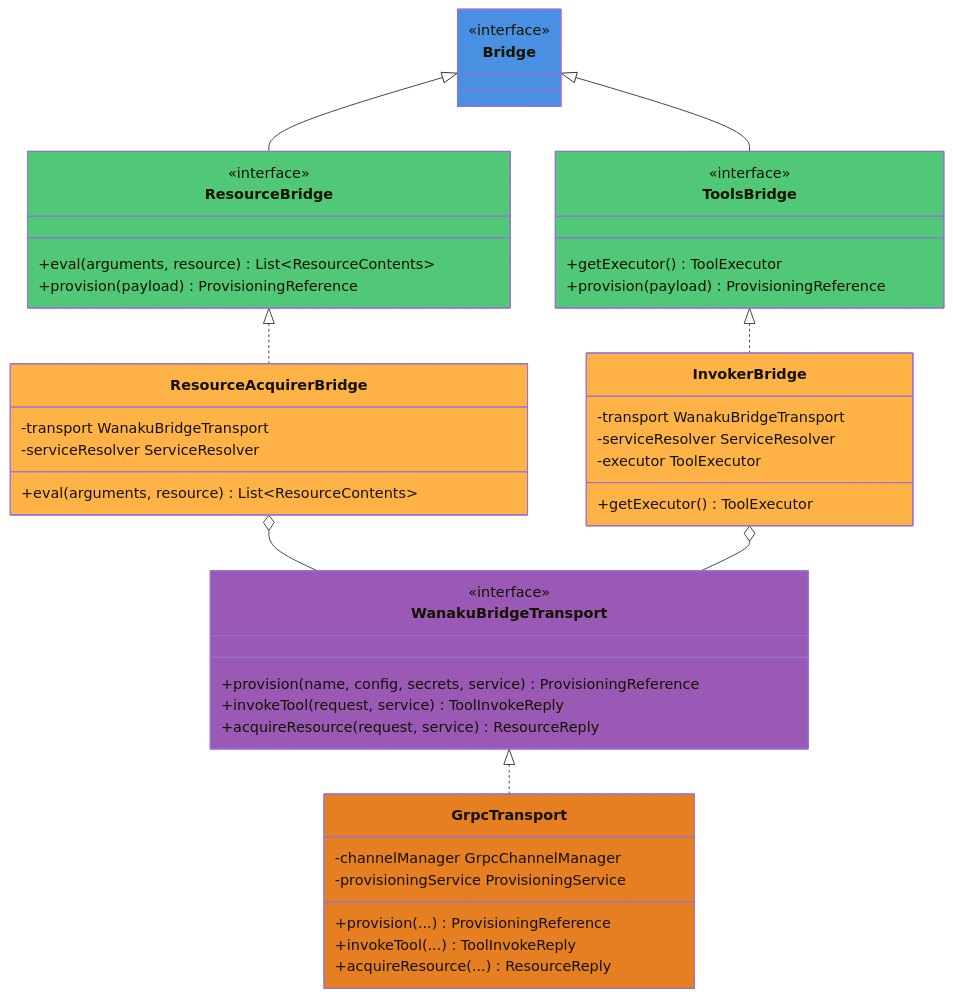
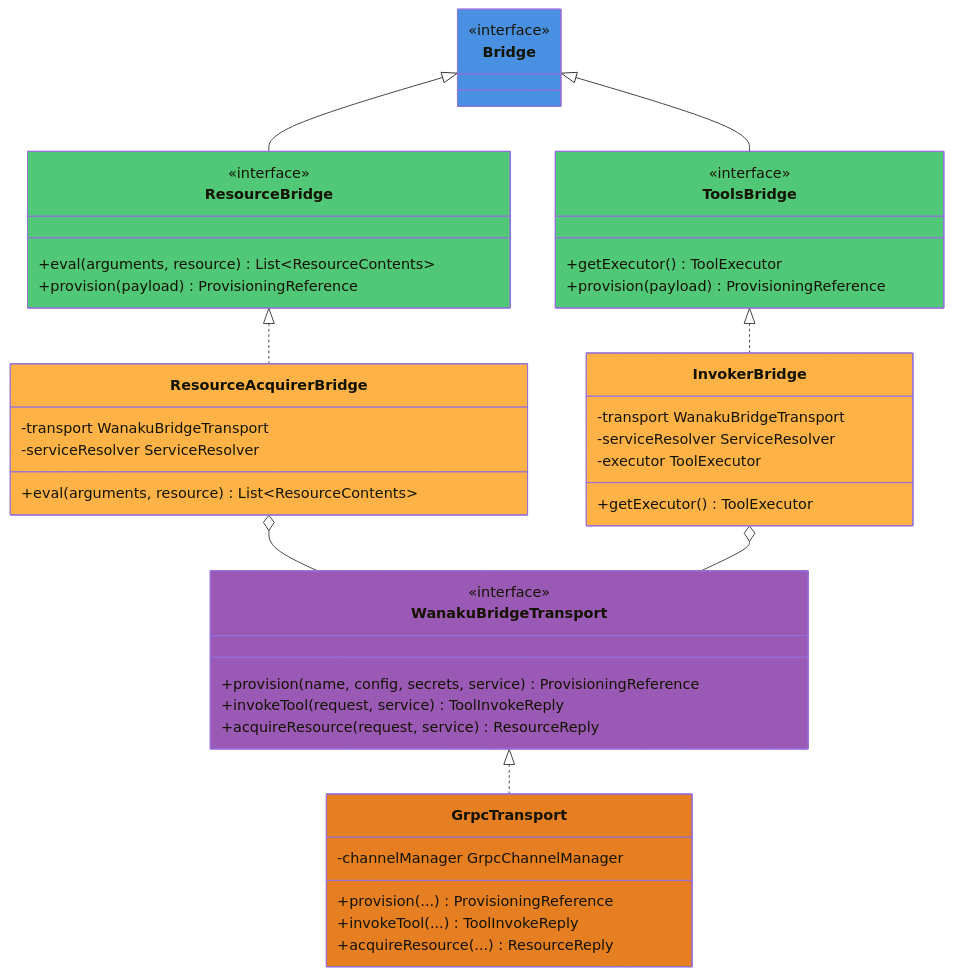
The first of 6 diagrams in docs/wanaku-router-internals.md (wanaku-ai/wanaku), drawn with Mermaid before and after one commit. The commit also changed other lines of this file and 2 other files, not shown here.

Commit message:
Fix #805: inline ProvisioningService into GrpcTransport

````diff
--- a/docs/wanaku-router-internals.md
+++ b/docs/wanaku-router-internals.md
@@ -15,62 +15,61 @@
 ```mermaid
 classDiagram
     class Bridge {
         <<interface>>
     }
 
     class ResourceBridge {
         <<interface>>
         +eval(arguments, resource) List~ResourceContents~
         +provision(payload) ProvisioningReference
     }
 
     class ToolsBridge {
         <<interface>>
         +getExecutor() ToolExecutor
         +provision(payload) ProvisioningReference
     }
 
     class WanakuBridgeTransport {
         <<interface>>
         +provision(name, config, secrets, service) ProvisioningReference
         +invokeTool(request, service) ToolInvokeReply
         +acquireResource(request, service) ResourceReply
     }
 
     class ResourceAcquirerBridge {
         -transport WanakuBridgeTransport
         -serviceResolver ServiceResolver
         +eval(arguments, resource) List~ResourceContents~
     }
 
     class InvokerBridge {
         -transport WanakuBridgeTransport
         -serviceResolver ServiceResolver
         -executor ToolExecutor
         +getExecutor() ToolExecutor
     }
 
     class GrpcTransport {
         -channelManager GrpcChannelManager
-        -provisioningService ProvisioningService
         +provision(...) ProvisioningReference
         +invokeTool(...) ToolInvokeReply
         +acquireResource(...) ResourceReply
     }
 
     Bridge <|-- ResourceBridge
     Bridge <|-- ToolsBridge
     ResourceBridge <|.. ResourceAcquirerBridge
     ToolsBridge <|.. InvokerBridge
     WanakuBridgeTransport <|.. GrpcTransport
     ResourceAcquirerBridge o-- WanakuBridgeTransport
     InvokerBridge o-- WanakuBridgeTransport
 
     style Bridge fill:#4A90E2
     style ResourceBridge fill:#50C878
     style ToolsBridge fill:#50C878
     style WanakuBridgeTransport fill:#9B59B6
     style ResourceAcquirerBridge fill:#FFB347
     style InvokerBridge fill:#FFB347
     style GrpcTransport fill:#E67E22
 ```
````
